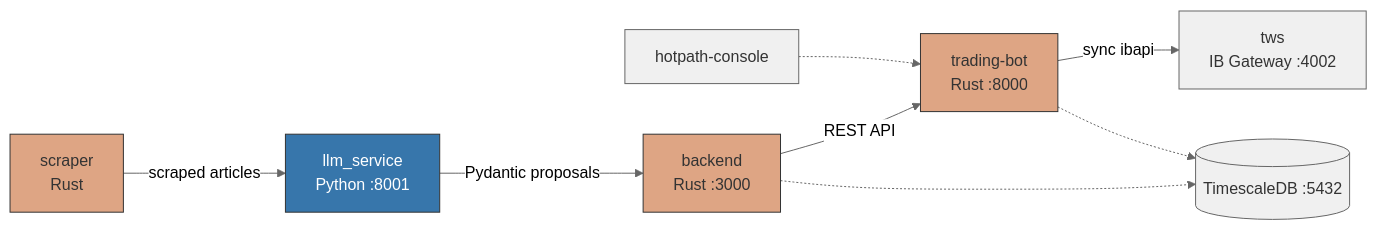
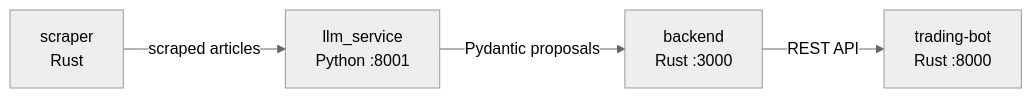
One commit to RyanTYT/rusty_trader changed the first of 2 diagrams in README.md. Above: the diagram before and after it, drawn with Mermaid (neutral theme).

````diff
--- a/README.md
+++ b/README.md
@@ -18,21 +18,6 @@
 ```mermaid
 flowchart LR
     SCR["scraper<br/>Rust"] -->|"scraped articles"| LLM["llm_service<br/>Python :8001"]
     LLM -->|"Pydantic proposals"| BE["backend<br/>Rust :3000"]
     BE -->|"REST API"| TB["trading-bot<br/>Rust :8000"]
-    TB -->|"sync ibapi"| TWS["tws<br/>IB Gateway :4002"]
-
-    DB[("TimescaleDB :5432")]
-    BE -.-> DB
-    TB -.-> DB
-
-    HC["hotpath-console"] -.-> TB
-
-    style SCR fill:#dea584,stroke:#333,color:#333
-    style BE fill:#dea584,stroke:#333,color:#333
-    style TB fill:#dea584,stroke:#333,color:#333
-    style LLM fill:#3776ab,stroke:#333,color:#fff
-    style TWS fill:#f0f0f0,stroke:#666,color:#333
-    style DB fill:#f0f0f0,stroke:#666,color:#333
-    style HC fill:#f0f0f0,stroke:#666,color:#333
 ```
````
